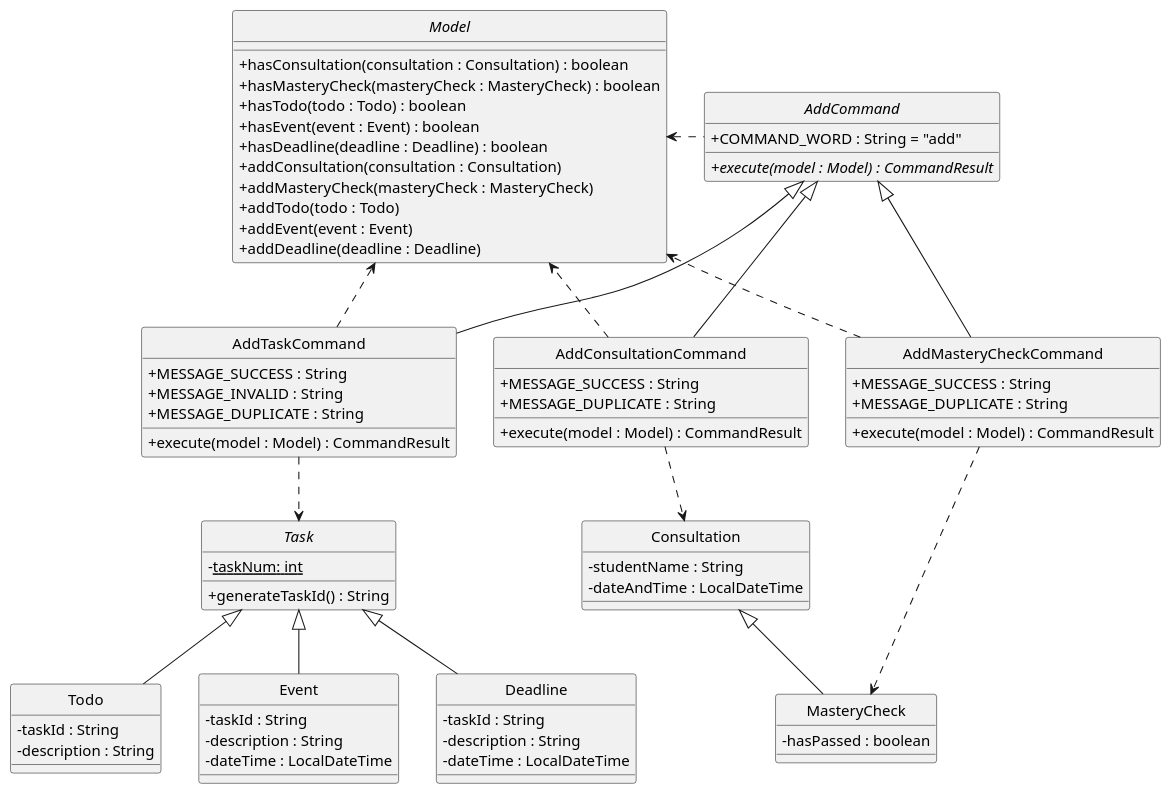
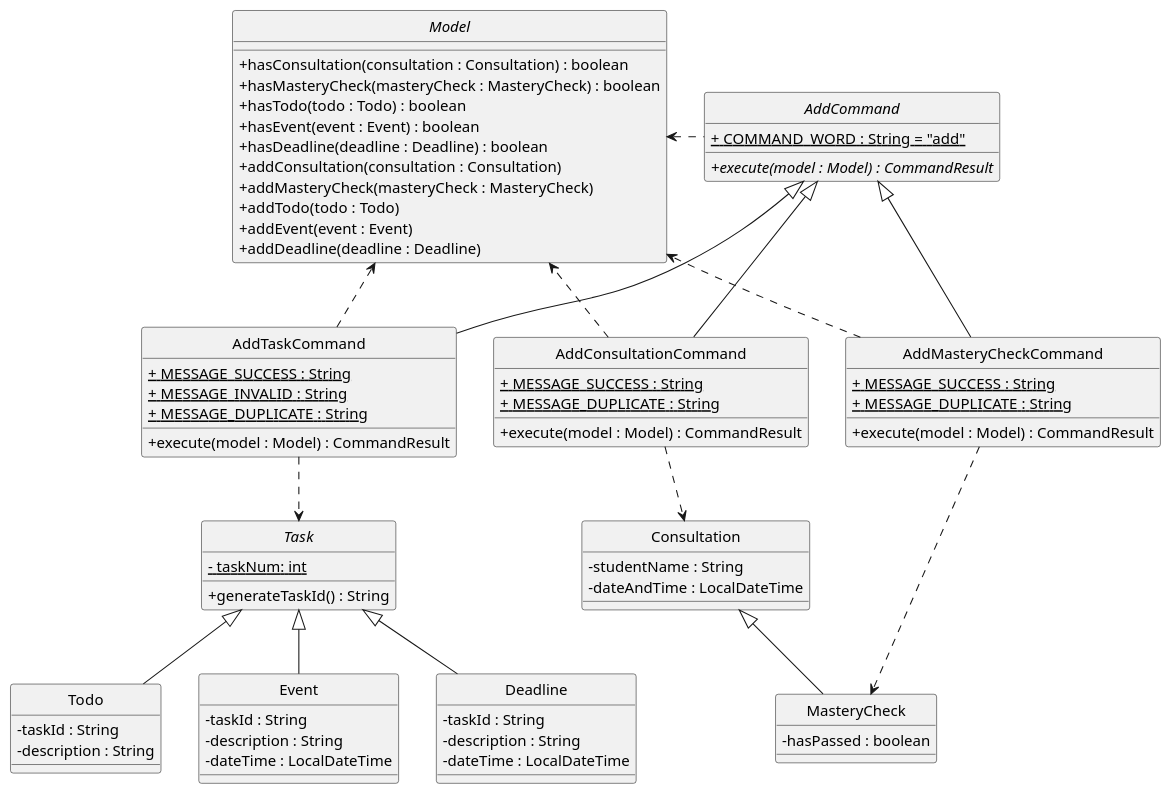
The diagram in docs/diagrams/AddXYZCommandClassDiagram.puml (wireseo/tp), drawn with PlantUML before and after one commit. The commit also changed 6 other files, not shown here.

Commit message:
Update ug diagrams static attributes and dg test appendix and dg AddCommand explanations

```diff
--- a/docs/diagrams/AddXYZCommandClassDiagram.puml
+++ b/docs/diagrams/AddXYZCommandClassDiagram.puml
@@ -1,101 +1,101 @@
 @startuml
 skinparam backgroundColor #ffffff
 skinparam classAttributeIconSize 0
 hide circle
 
 abstract class AddCommand {
     /' Attributes '/
-    + COMMAND_WORD : String = "add"
+    <u>+ COMMAND_WORD : String = "add"
 
     /' Methods '/
     + {abstract} execute(model : Model) : CommandResult
 }
 
 class AddTaskCommand extends AddCommand {
     /' Attributes '/
-    + MESSAGE_SUCCESS : String
-    + MESSAGE_INVALID : String
-    + MESSAGE_DUPLICATE : String
+    <u>+ MESSAGE_SUCCESS : String
+    <u>+ MESSAGE_INVALID : String
+    <u>+ MESSAGE_DUPLICATE : String
 
     /' Methods '/
     + execute(model : Model) : CommandResult
 }
 
 class AddConsultationCommand extends AddCommand {
     /' Attributes '/
-    + MESSAGE_SUCCESS : String
-    + MESSAGE_DUPLICATE : String
+    <u>+ MESSAGE_SUCCESS : String
+    <u>+ MESSAGE_DUPLICATE : String
 
     /' Methods '/
     + execute(model : Model) : CommandResult
 }
 
 class AddMasteryCheckCommand extends AddCommand {
     /' Attributes '/
-    + MESSAGE_SUCCESS : String
-    + MESSAGE_DUPLICATE : String
+    <u>+ MESSAGE_SUCCESS : String
+    <u>+ MESSAGE_DUPLICATE : String
 
     /' Methods '/
     + execute(model : Model) : CommandResult
 }
 
 interface Model {
     /' Methods '/
     + hasConsultation(consultation : Consultation) : boolean
     + hasMasteryCheck(masteryCheck : MasteryCheck) : boolean
     + hasTodo(todo : Todo) : boolean
     + hasEvent(event : Event) : boolean
     + hasDeadline(deadline : Deadline) : boolean
     + addConsultation(consultation : Consultation)
     + addMasteryCheck(masteryCheck : MasteryCheck)
     + addTodo(todo : Todo)
     + addEvent(event : Event)
     + addDeadline(deadline : Deadline)
 }
 
 abstract class Task {
-    - <u>taskNum: int</u>
+    <u>- taskNum: int
     + generateTaskId() : String
 }
 
 class Todo {
     - taskId : String
     - description : String
 }
 
 class Event {
     - taskId : String
     - description : String
     - dateTime : LocalDateTime
 }
 
 class Deadline {
     - taskId : String
     - description : String
     - dateTime : LocalDateTime
 }
 
 class Consultation {
     - studentName : String
     - dateAndTime : LocalDateTime
 }
 
 class MasteryCheck extends Consultation {
     - hasPassed : boolean
 }
 AddCommand .left.> Model
 AddTaskCommand ..> Model
 AddConsultationCommand ..> Model
 AddMasteryCheckCommand ..> Model
 
 AddTaskCommand ..> Task
 
 Task <|-- Todo
 Task <|-- Event
 Task <|-- Deadline
 
 AddConsultationCommand ..> Consultation
 
 AddMasteryCheckCommand ..> MasteryCheck
 
 @enduml
```
